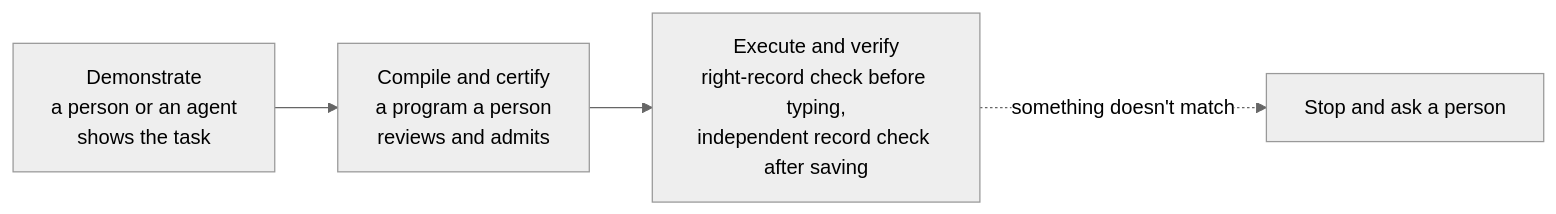
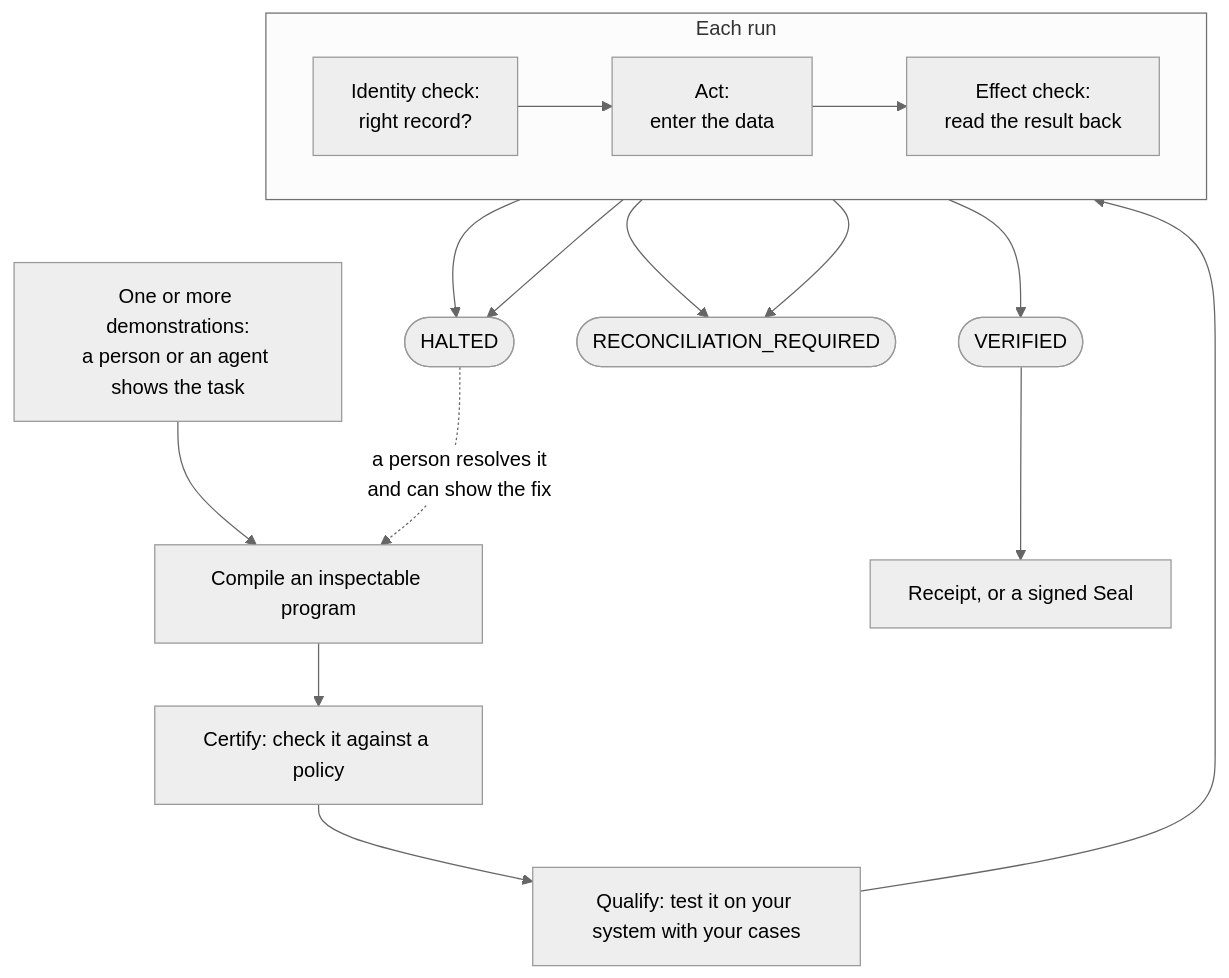
One commit to OpenAdaptAI/openadapt-ops changed the diagram in docs/index.md. Above: the diagram before and after it, drawn with Mermaid (neutral theme). The commit also changed other lines of this file and 1 other file, not shown here.

Commit message:
docs: show the full pipeline and the halt-learn loop on the landing page (#247)

````diff
--- a/docs/index.md
+++ b/docs/index.md
@@ -28,8 +28,19 @@
 ```mermaid
-flowchart LR
-    D["Demonstrate<br/>a person or an agent<br/>shows the task"]
-    C["Compile and certify<br/>a program a person<br/>reviews and admits"]
-    E["Execute and verify<br/>right-record check before typing,<br/>independent record check after saving"]
-    D --> C --> E
-    E -.->|"something doesn't match"| P["Stop and ask a person"]
+flowchart TD
+    D["One or more demonstrations:<br/>a person or an agent shows the task"] --> C["Compile an inspectable program"]
+    C --> CE["Certify: check it against a policy"]
+    CE --> Q["Qualify: test it on your system with your cases"]
+    Q --> I
+    subgraph RUN["Each run"]
+        direction LR
+        I["Identity check:<br/>right record?"] --> A["Act:<br/>enter the data"]
+        A --> E["Effect check:<br/>read the result back"]
+    end
+    E --> V(["VERIFIED"])
+    E --> R(["RECONCILIATION_REQUIRED"])
+    A --> R
+    I --> H(["HALTED"])
+    E --> H
+    V --> S["Receipt, or a signed Seal"]
+    H -.->|"a person resolves it<br/>and can show the fix"| C
 ```
````
